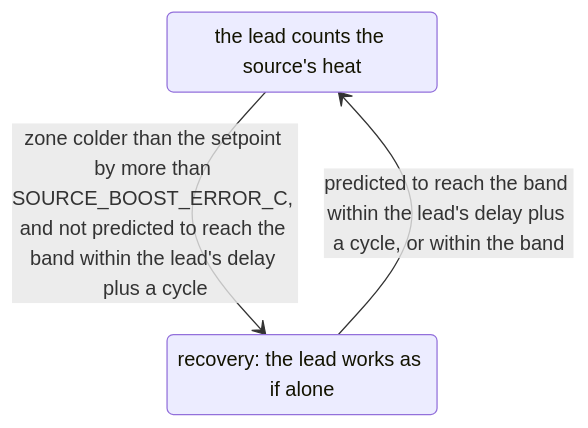
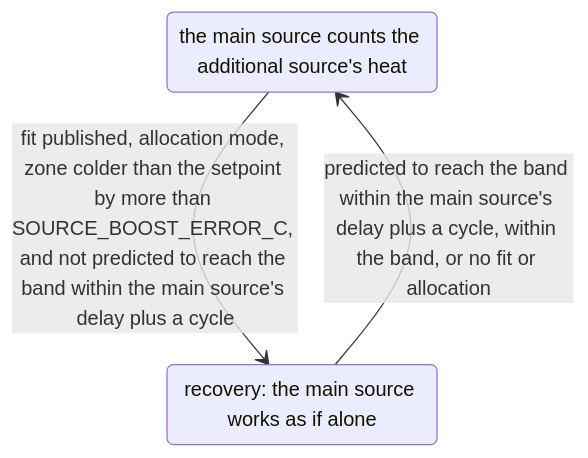
Before and after one commit to Shadow-230/vtherm_smartpi: the eighth of 11 diagrams in documentation/en/zone_dependencies.md, drawn with Mermaid. The commit also changed other lines of this file and 8 other files, not shown here.

````diff
--- a/documentation/en/zone_dependencies.md
+++ b/documentation/en/zone_dependencies.md
@@ -617,7 +655,7 @@
 ```mermaid
 stateDiagram-v2
-    state "the lead counts the source's heat" as Counted
-    state "recovery: the lead works as if alone" as Boost
-    Counted --> Boost: zone colder than the setpoint by more than SOURCE_BOOST_ERROR_C, and not predicted to reach the band within the lead's delay plus a cycle
-    Boost --> Counted: predicted to reach the band within the lead's delay plus a cycle, or within the band
+    state "the main source counts the additional source's heat" as Counted
+    state "recovery: the main source works as if alone" as Boost
+    Counted --> Boost: fit published, allocation mode, zone colder than the setpoint by more than SOURCE_BOOST_ERROR_C, and not predicted to reach the band within the main source's delay plus a cycle
+    Boost --> Counted: predicted to reach the band within the main source's delay plus a cycle, within the band, or no fit or allocation
 ```
````
